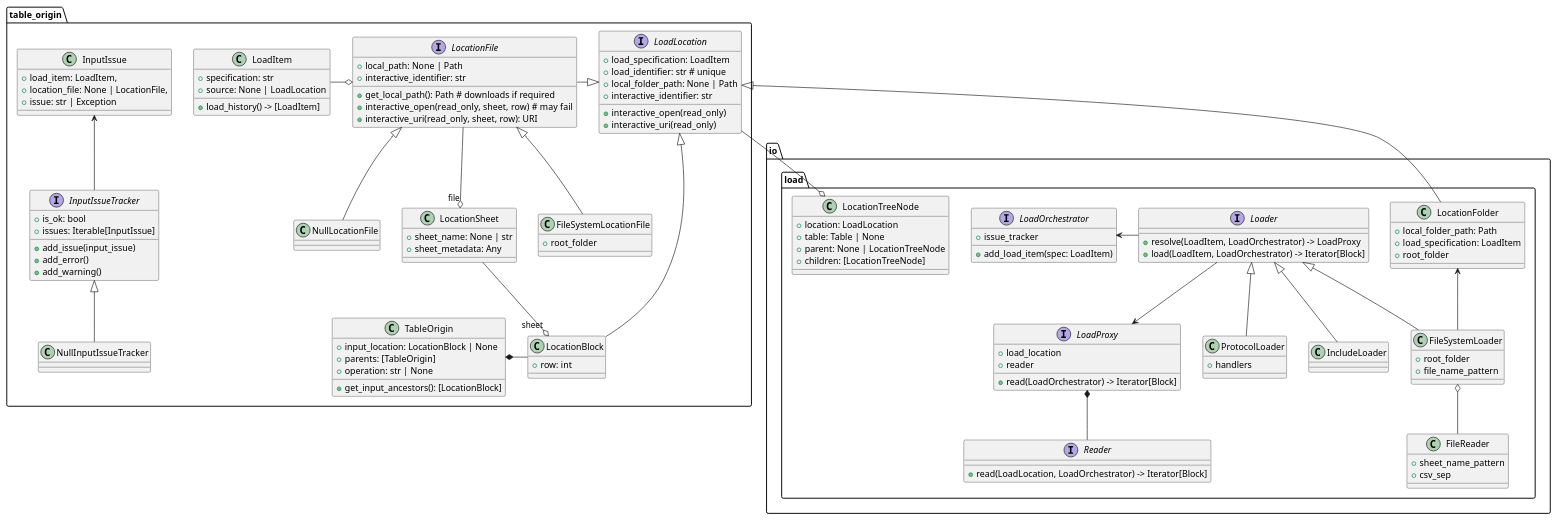
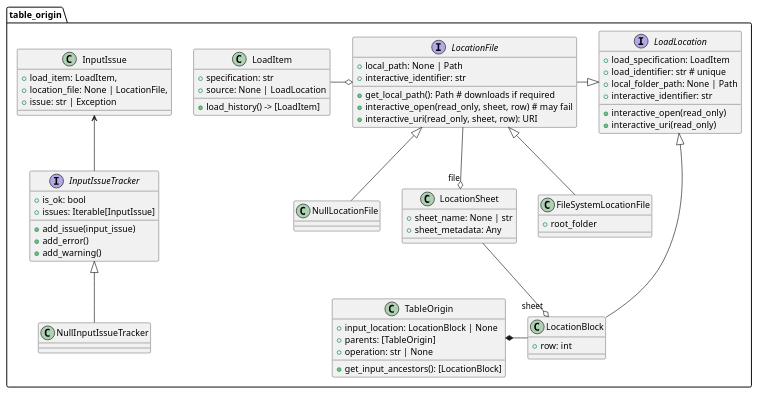
One commit to startable/pdtable changed the diagram in docs/diagrams/src/table_origin.puml. Above: the diagram before and after it, drawn with PlantUML. The commit also changed 1 other file, not shown here.

Commit message:
Split UML docs for `table_origin` and `io.load`

```diff
--- a/docs/diagrams/src/table_origin.puml
+++ b/docs/diagrams/src/table_origin.puml
@@ -9,144 +9,80 @@
 @startuml Table Origin
 
 namespace table_origin {
     class LoadItem  {
         + specification: str
         + source: None | LoadLocation
         + load_history() -> [LoadItem]
     }
 
     ' LoadItem o-- LoadLocation
     LoadLocation <|-- LocationBlock
 
     interface LoadLocation {
         + load_specification: LoadItem
         + load_identifier: str # unique
         + local_folder_path: None | Path
         + interactive_identifier: str
         + interactive_open(read_only)
         + interactive_uri(read_only)
     }
 
     interface LocationFile {
         + local_path: None | Path
         + get_local_path(): Path # downloads if required
         + interactive_open(read_only, sheet, row)  # may fail
         + interactive_uri(read_only, sheet, row): URI
         + interactive_identifier: str
     }
 
     class FileSystemLocationFile {
         + root_folder
     }
     LocationFile <|-- FileSystemLocationFile
     LocationFile <|-- NullLocationFile
     LocationFile -|> LoadLocation
 
     LoadItem  -o LocationFile
 
     class LocationSheet {
         + sheet_name: None | str
         + sheet_metadata: Any
     }
 
     LocationFile --o "file" LocationSheet
 
     class LocationBlock {
         + row: int
     }
 
     LocationSheet --o "sheet" LocationBlock
 
     class TableOrigin {
         + input_location: LocationBlock | None
         + parents: [TableOrigin]
         + operation: str | None
         + get_input_ancestors(): [LocationBlock]
     }
 
     TableOrigin *- LocationBlock
 
     class InputIssue {
         + load_item: LoadItem,
         + location_file: None | LocationFile,
         + issue: str | Exception
     }
 
     interface InputIssueTracker {
         + add_issue(input_issue)
         + add_error()
         + add_warning()
         + is_ok: bool
         + issues: Iterable[InputIssue]
     }
 
     InputIssue <-- InputIssueTracker
 
     InputIssueTracker <|-- NullInputIssueTracker
 
 }
-
-namespace io.load {
-    class LocationFolder {
-        + local_folder_path: Path
-        + load_specification: LoadItem
-        + root_folder
-    }
-    table_origin.LoadLocation <|- LocationFolder
-
-    interface LoadOrchestrator {
-        + add_load_item(spec: LoadItem)
-        + issue_tracker
-    }
-
-    interface Reader {
-        +read(LoadLocation, LoadOrchestrator) -> Iterator[Block]
-    }
-
-    interface LoadProxy {
-        +load_location
-        +reader
-        +read(LoadOrchestrator) -> Iterator[Block]
-    }
-
-    LoadProxy *-- Reader
-    Loader --> LoadProxy
-    LoadOrchestrator <- Loader
-
-    interface Loader {
-        + resolve(LoadItem, LoadOrchestrator) -> LoadProxy
-        + load(LoadItem, LoadOrchestrator) -> Iterator[Block]
-    }
-
-    class FileSystemLoader {
-        + root_folder
-        + file_name_pattern
-    }
-
-    class ProtocolLoader {
-        + handlers
-    }
-
-    Loader <|-- ProtocolLoader
-    Loader <|-- FileSystemLoader
-    Loader <|-- IncludeLoader
-
-    class FileReader {
-        + sheet_name_pattern
-        + csv_sep
-    }
-
-    FileSystemLoader o-- FileReader
-    LocationFolder <-- FileSystemLoader
-
-    class LocationTreeNode {
-        + location: LoadLocation
-        + table: Table | None
-        + parent: None | LocationTreeNode
-        + children: [LocationTreeNode]
-    }
-
-    table_origin.LoadLocation --o LocationTreeNode
-
-}
 @enduml
```
